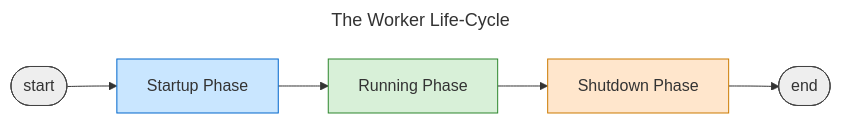
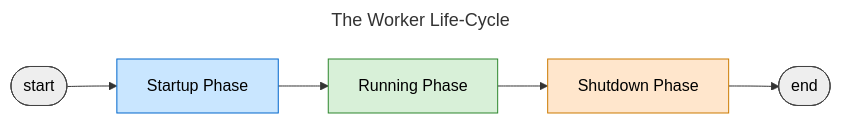
Before and after one commit to aws-deadline/deadline-cloud-worker-agent: the first of 3 diagrams in docs/dev/worker_lifecycle.md, drawn with Mermaid. The commit also changed other lines of this file, not shown here.

Commit message:
docs: developer documentation for worker lifecycle startup phase

````diff
--- a/docs/dev/worker_lifecycle.md
+++ b/docs/dev/worker_lifecycle.md
@@ -15,22 +15,22 @@
 ```mermaid
 ---
 title: The Worker Life-Cycle
 ---
 flowchart LR
     %% High-level worker lifecycle
     start([start]) --> startup[Startup Phase]
     startup --> running[Running Phase]
     running --> shutdown[Shutdown Phase]
     shutdown --> terminate([end])
     
     %% Styling
-    classDef startupPhase fill:#c9e6ff,stroke:#0066cc
-    classDef runningPhase fill:#d8f0d8,stroke:#2d862d
-    classDef shutdownPhase fill:#ffe6cc,stroke:#cc7a00
-    classDef startEnd fill:#EEEEEE,stroke:#444444
+    classDef startupPhase fill:#c9e6ff,stroke:#0066cc,color:#000
+    classDef runningPhase fill:#d8f0d8,stroke:#2d862d,color:#000
+    classDef shutdownPhase fill:#ffe6cc,stroke:#cc7a00,color:#000
+    classDef startEnd fill:#EEEEEE,stroke:#444444,color:#000
     
     class startup startupPhase
     class running runningPhase
     class shutdown shutdownPhase
     class start,terminate startEnd
 ```
````
